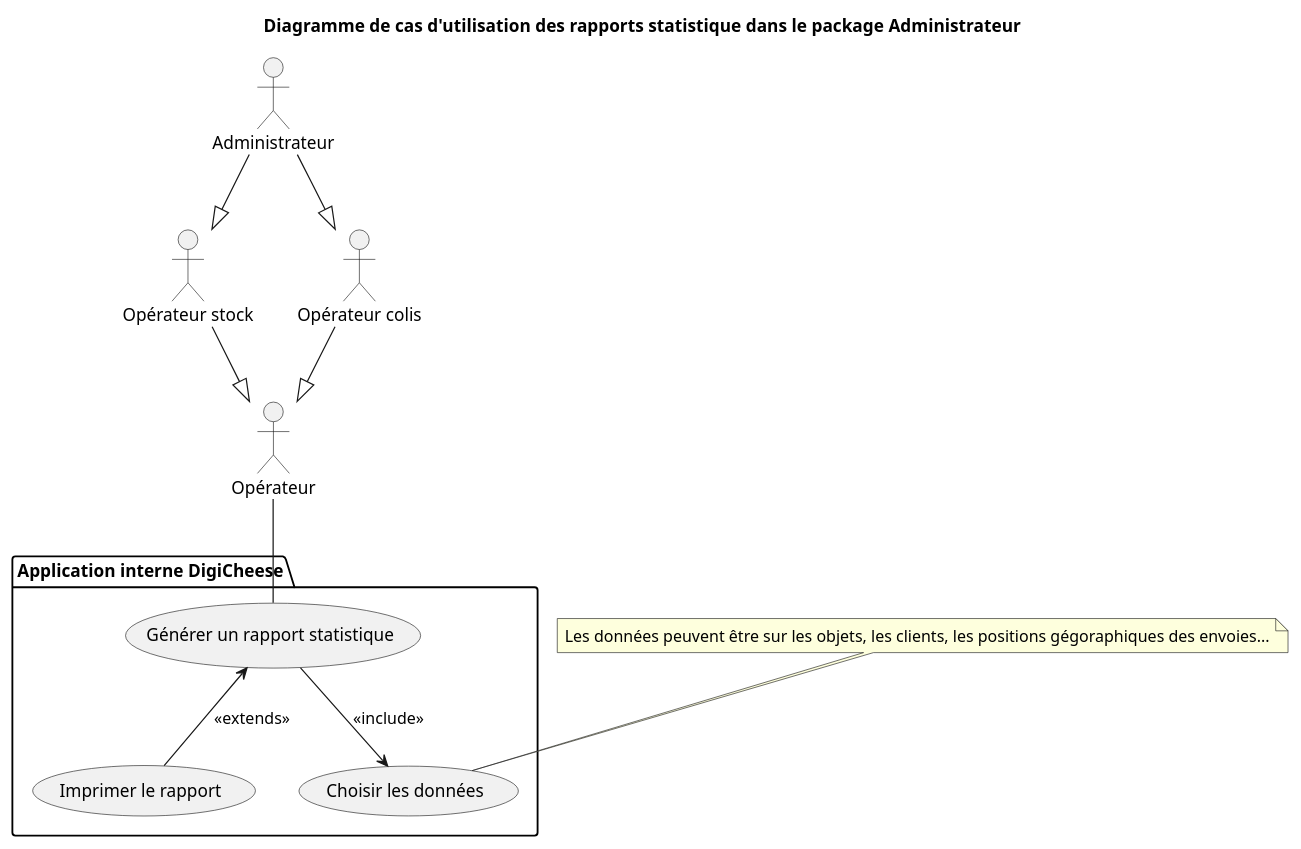
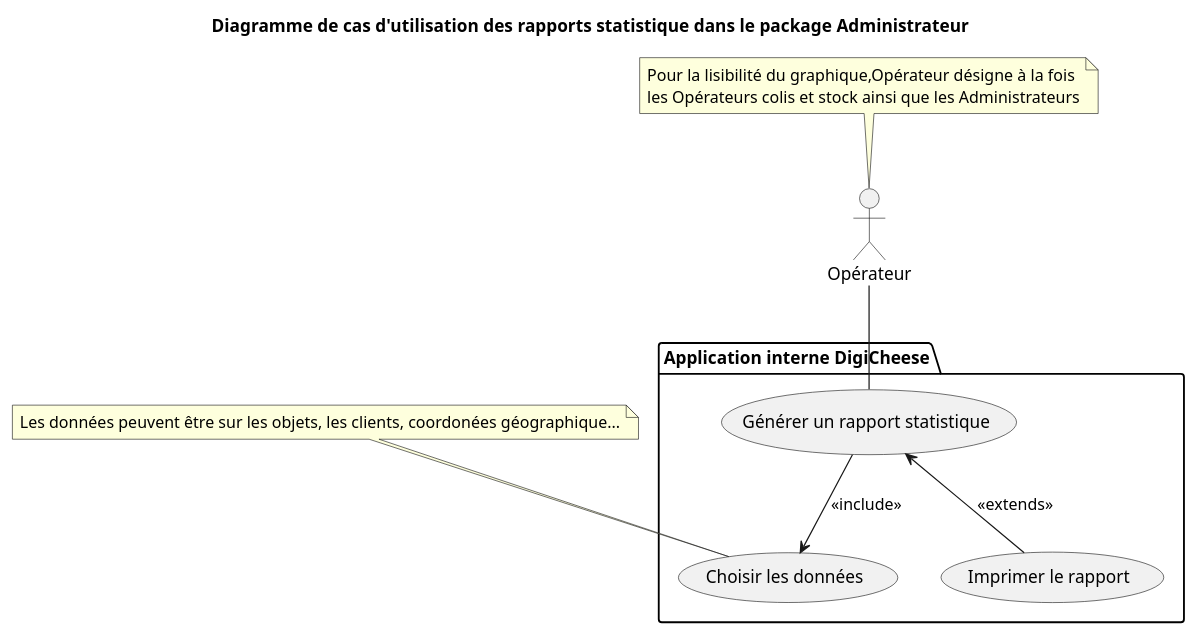
One commit to Bluwen/Conception_d_une_application_informatique changed the diagram in Cas_d_utilisation/Cas_utilisation_rapport_statistique.puml. Above: the diagram before and after it, drawn with PlantUML. The commit also changed 5 other files, not shown here.

```diff
--- a/Cas_d_utilisation/Cas_utilisation_rapport_statistique.puml
+++ b/Cas_d_utilisation/Cas_utilisation_rapport_statistique.puml
@@ -1,29 +1,31 @@
 @startuml Cas d'utilisation de la gestion des rapports statistique
 
-actor "Administrateur"
-actor "Opérateur stock"
-actor "Opérateur colis"
+'actor "Administrateur"
+'actor "Opérateur stock"
+'actor "Opérateur colis"
 actor "Opérateur"
 
 package "Application interne DigiCheese" {
     usecase "Générer un rapport statistique"
     usecase "Choisir les données"
 
     usecase "Imprimer le rapport"
 
 }
 
-"Administrateur" --|> "Opérateur colis"
-"Administrateur" --|> "Opérateur stock"
-"Opérateur colis" --|> "Opérateur"
-"Opérateur stock" --|> "Opérateur"
+'"Administrateur" --|> "Opérateur colis"
+'"Administrateur" --|> "Opérateur stock"
+'"Opérateur colis" --|> "Opérateur"
+'"Opérateur stock" --|> "Opérateur"
 
 "Opérateur" -- "Générer un rapport statistique"
 "Générer un rapport statistique" --> "Choisir les données" : <<include>>
 "Générer un rapport statistique" <-- "Imprimer le rapport" : <<extends>>
 
-note "Les données peuvent être sur les objets, les clients, les positions gégoraphiques des envoies..." as N1
+note "Les données peuvent être sur les objets, les clients, coordonées géographique..." as N1
 N1 .. "Choisir les données"
 
+note "Pour la lisibilité du graphique,Opérateur désigne à la fois\nles Opérateurs colis et stock ainsi que les Administrateurs" as N2
+N2 .. "Opérateur"
 title Diagramme de cas d'utilisation des rapports statistique dans le package Administrateur
 @enduml
```
